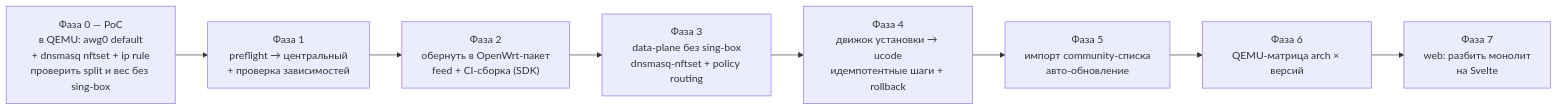
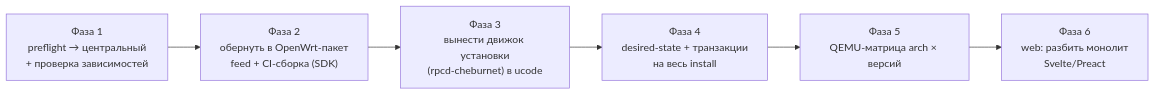
Before and after one commit to andreiyurik/cheburnet-router: the fifth of 5 diagrams in docs/architecture-v2.md, drawn with Mermaid. The commit also changed other lines of this file, not shown here.

Commit message:
docs(architecture): переработка и сокращение architecture-v2.md

````diff
--- a/docs/architecture-v2.md
+++ b/docs/architecture-v2.md
@@ -304,12 +232,10 @@
 ```mermaid
 flowchart LR
-    p0["Фаза 0 — PoC<br/>в QEMU: awg0 default<br/>+ dnsmasq nftset + ip rule<br/>проверить split и вес без sing-box"]
     p1["Фаза 1<br/>preflight → центральный<br/>+ проверка зависимостей"]
     p2["Фаза 2<br/>обернуть в OpenWrt-пакет<br/>feed + CI-сборка (SDK)"]
-    p3["Фаза 3<br/>data-plane без sing-box<br/>dnsmasq-nftset + policy routing"]
-    p4["Фаза 4<br/>движок установки → ucode<br/>идемпотентные шаги + rollback"]
-    p5["Фаза 5<br/>импорт community-списка<br/>авто-обновление"]
-    p6["Фаза 6<br/>QEMU-матрица arch × версий"]
-    p7["Фаза 7<br/>web: разбить монолит<br/>на Svelte"]
-    p0 --> p1 --> p2 --> p3 --> p4 --> p5 --> p6 --> p7
+    p3["Фаза 3<br/>вынести движок установки<br/>(rpcd-cheburnet) в ucode"]
+    p4["Фаза 4<br/>desired-state + транзакции<br/>на весь install"]
+    p5["Фаза 5<br/>QEMU-матрица arch × версий"]
+    p6["Фаза 6<br/>web: разбить монолит<br/>Svelte/Preact"]
+    p1 --> p2 --> p3 --> p4 --> p5 --> p6
 ```
````
